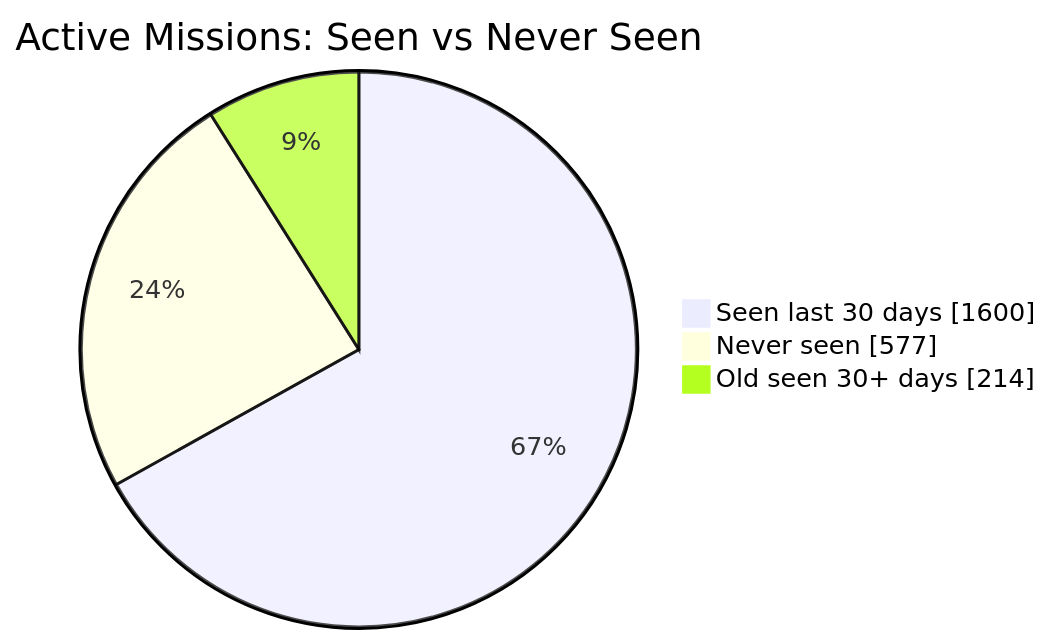
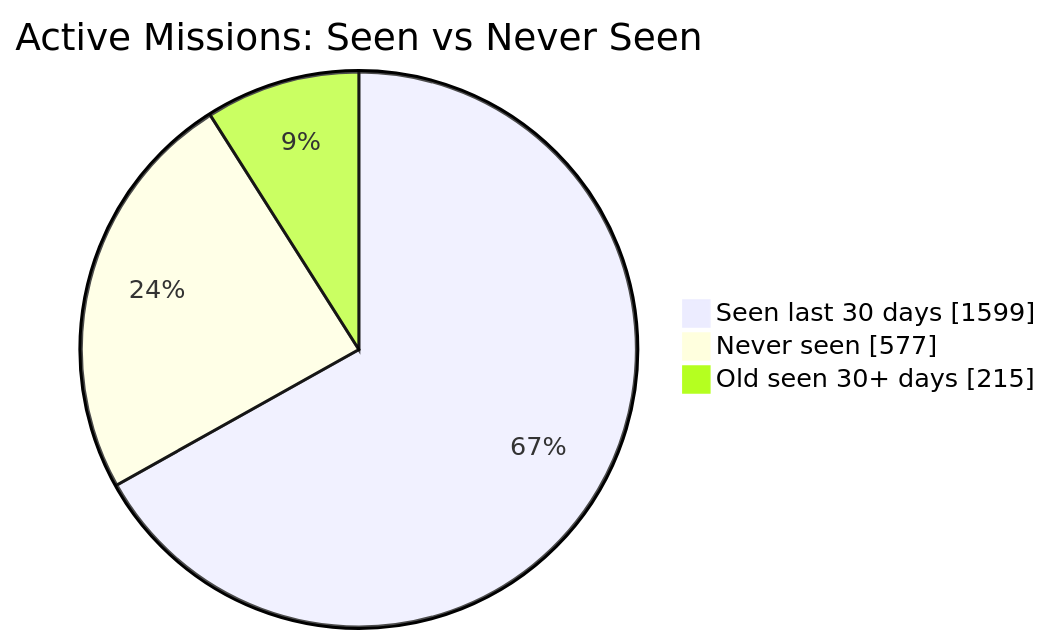
One commit to MeldkamerspelGameTeam/active-missions changed the first of 2 diagrams in README.md. Above: the diagram before and after it, drawn with Mermaid. The commit also changed other lines of this file and 2 other files, not shown here.

````diff
--- a/README.md
+++ b/README.md
@@ -34,7 +34,7 @@
 ```mermaid
 pie showData
     title Active Missions: Seen vs Never Seen
-    "Seen last 30 days" : 1600
+    "Seen last 30 days" : 1599
     "Never seen" : 577
-    "Old seen 30+ days" : 214
+    "Old seen 30+ days" : 215
 ```
````
